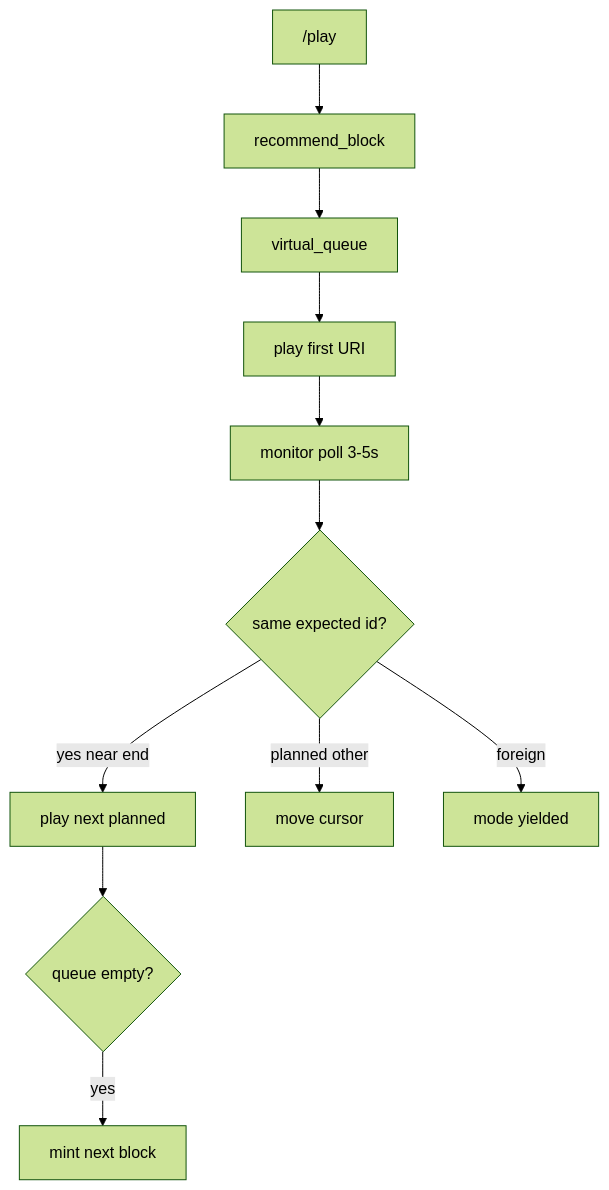
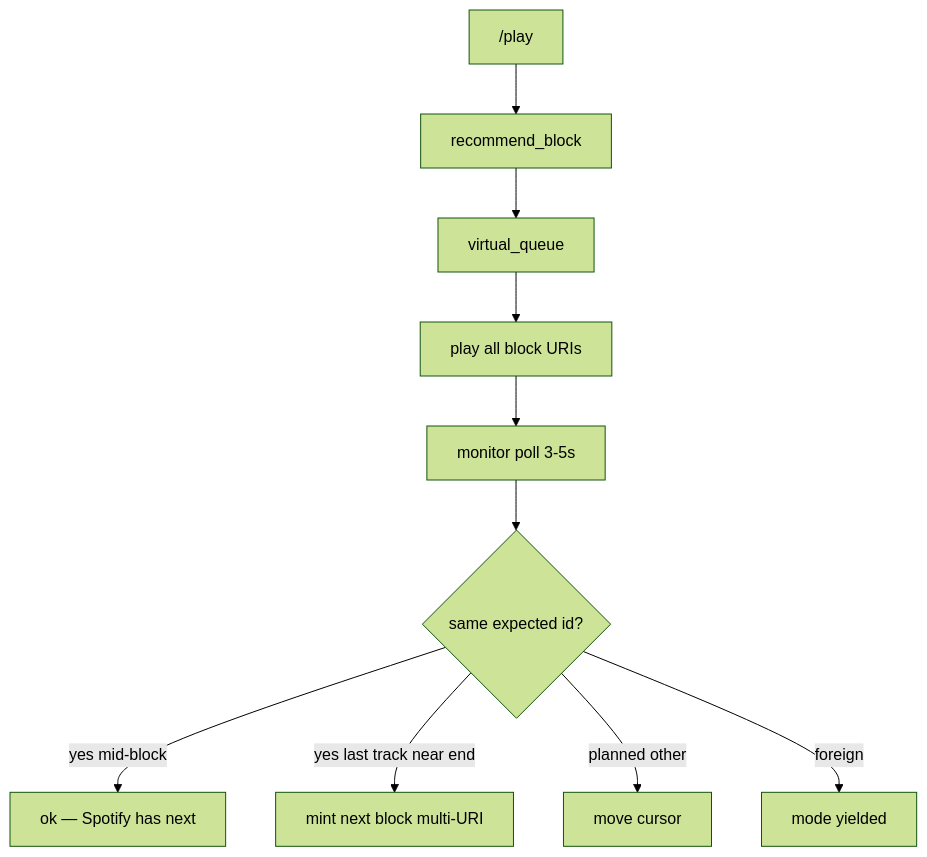
Before and after one commit to AdamPSU/agent-dj: the diagram in wiki/concepts/virtual-queue-playback.md, drawn with Mermaid (forest theme). The commit also changed other lines of this file and 6 other files, not shown here.

First line of the commit message:
Load full block via multi-URI play so Connect skip works

````diff
--- a/wiki/concepts/virtual-queue-playback.md
+++ b/wiki/concepts/virtual-queue-playback.md
@@ -32,13 +33,12 @@
 ```mermaid
 flowchart TD
   Play["/play"] --> Mint["recommend_block"]
   Mint --> VQ["virtual_queue"]
-  VQ --> One["play first URI"]
-  One --> Mon["monitor poll 3-5s"]
+  VQ --> Multi["play all block URIs"]
+  Multi --> Mon["monitor poll 3-5s"]
   Mon --> Same{"same expected id?"}
-  Same -->|yes near end| Next["play next planned"]
+  Same -->|yes mid-block| Ok["ok — Spotify has next"]
+  Same -->|yes last track near end| Mint2["mint next block multi-URI"]
   Same -->|planned other| Recon["move cursor"]
   Same -->|foreign| Yield["mode yielded"]
-  Next --> Empty{"queue empty?"}
-  Empty -->|yes| Mint2["mint next block"]
 ```
````
